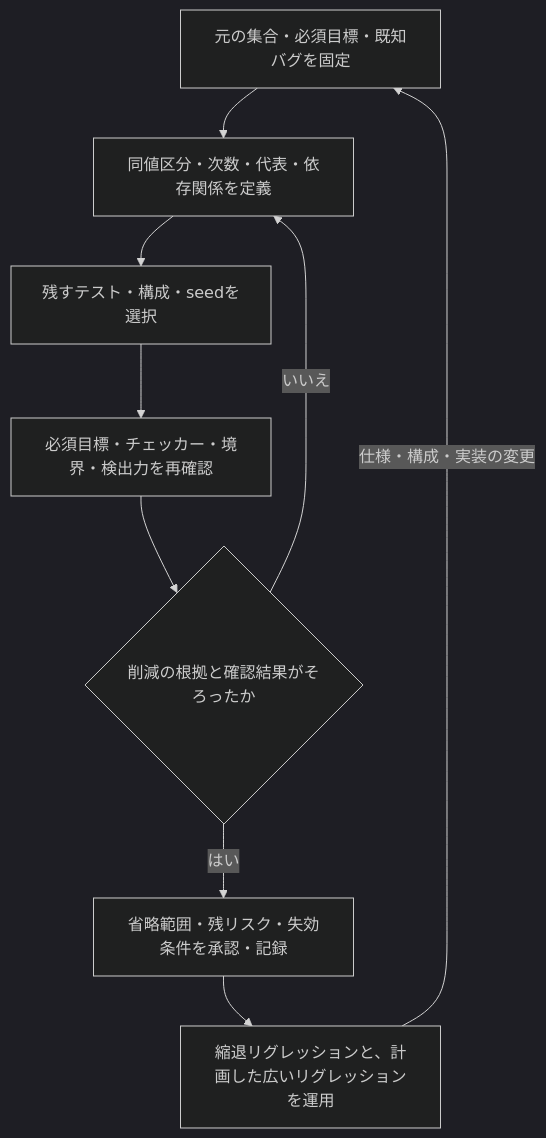
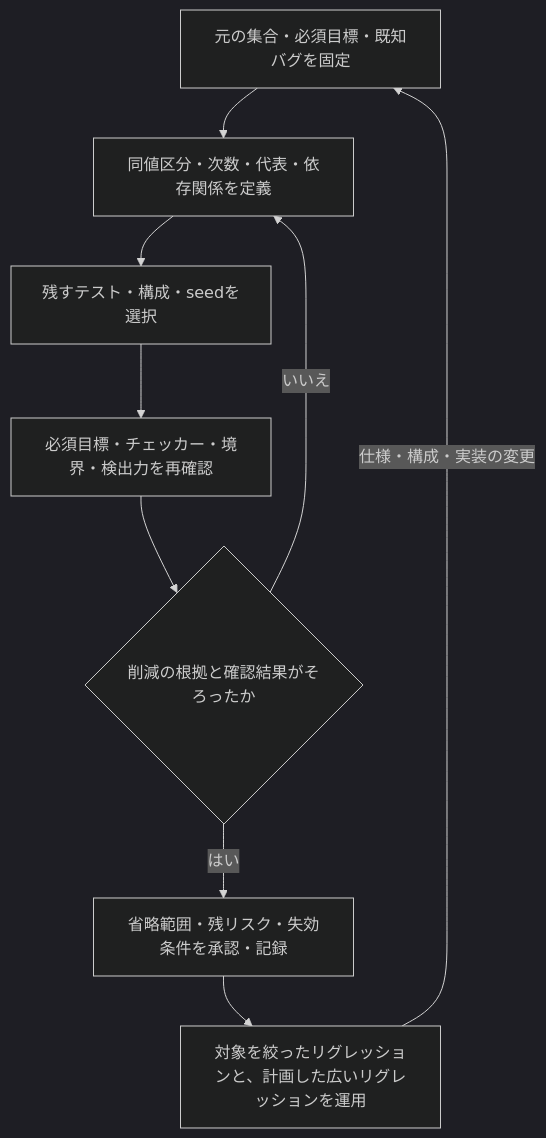
One commit to kurochan001/lsi-verification-method changed the second of 2 diagrams in docs/method/verification-reduction.md. Above: the diagram before and after it, drawn with Mermaid (dark theme). The commit also changed other lines of this file and 57 other files, not shown here.

````diff
--- a/docs/method/verification-reduction.md
+++ b/docs/method/verification-reduction.md
@@ -164,13 +164,13 @@
 ```mermaid
 flowchart TD
-  accTitle: 必須目標を維持しながら検証規模を縮退する
+  accTitle: 必須目標を維持しながら検証規模を削減する
   accDescr: 元の対象と必須目標を固定し、代表化の根拠と残す検査を決める。削減後の網羅と検出力を確認し、不足があれば選択を見直す。
   F["元の集合・必須目標・既知バグを固定"] --> R["同値区分・次数・代表・依存関係を定義"]
   R --> S["残すテスト・構成・seedを選択"]
   S --> V["必須目標・チェッカー・境界・検出力を再確認"]
   V --> J{"削減の根拠と確認結果がそろったか"}
   J -- "いいえ" --> R
   J -- "はい" --> P["省略範囲・残リスク・失効条件を承認・記録"]
-  P --> E["縮退リグレッションと、計画した広いリグレッションを運用"]
+  P --> E["対象を絞ったリグレッションと、計画した広いリグレッションを運用"]
   E -- "仕様・構成・実装の変更" --> F
 ```
````
